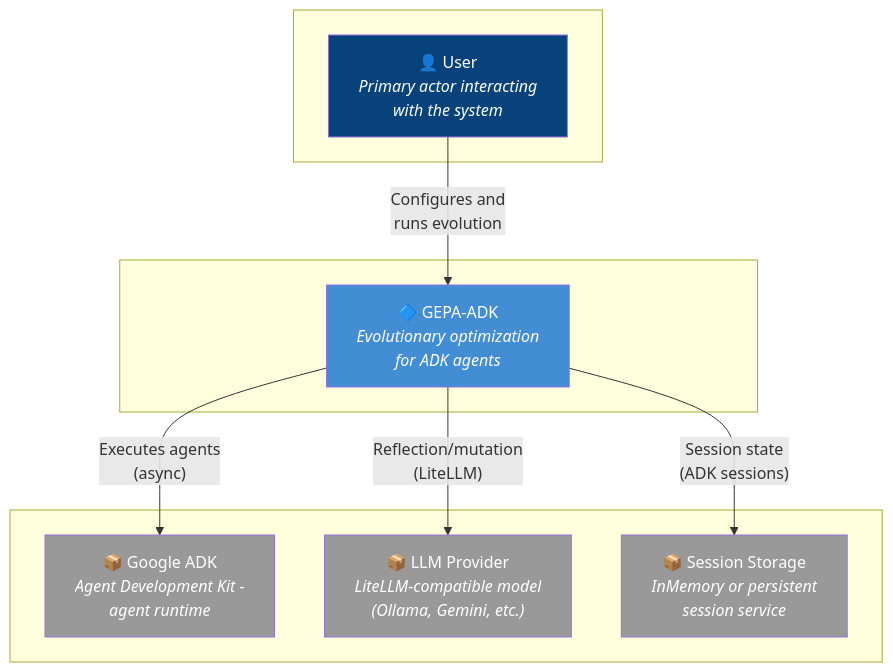
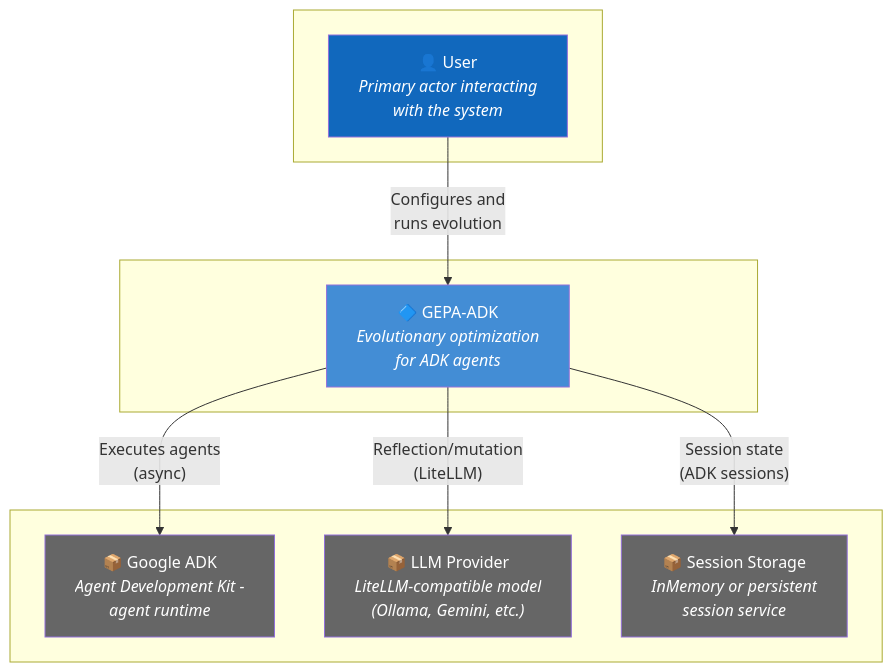
The first of 11 diagrams in .specify/templates/architecture-template.md (Alberto-Codes/gepa-adk), drawn with Mermaid before and after one commit. The commit also changed other lines of this file, not shown here.

Commit message:
feat(spec): update color styles in architecture diagrams for improved theme compatibility

````diff
--- a/.specify/templates/architecture-template.md
+++ b/.specify/templates/architecture-template.md
@@ -47,27 +47,27 @@
 ```mermaid
 flowchart TB
     subgraph Actors[" "]
         user["👤 User<br/><i>Primary actor interacting<br/>with the system</i>"]
     end
 
     subgraph System[" "]
         gepa["🔷 GEPA-ADK<br/><i>Evolutionary optimization<br/>for ADK agents</i>"]
     end
 
     subgraph External[" "]
         adk["📦 Google ADK<br/><i>Agent Development Kit -<br/>agent runtime</i>"]
         llm["📦 LLM Provider<br/><i>LiteLLM-compatible model<br/>(Ollama, Gemini, etc.)</i>"]
         storage["📦 Session Storage<br/><i>InMemory or persistent<br/>session service</i>"]
     end
 
     user -->|"Configures and<br/>runs evolution"| gepa
     gepa -->|"Executes agents<br/>(async)"| adk
     gepa -->|"Reflection/mutation<br/>(LiteLLM)"| llm
     gepa -->|"Session state<br/>(ADK sessions)"| storage
 
     style gepa fill:#438DD5,color:#fff
-    style adk fill:#999,color:#fff
-    style llm fill:#999,color:#fff
-    style storage fill:#999,color:#fff
-    style user fill:#08427B,color:#fff
+    style adk fill:#666666,color:#fff
+    style llm fill:#666666,color:#fff
+    style storage fill:#666666,color:#fff
+    style user fill:#1168BD,color:#fff
 ```
````
